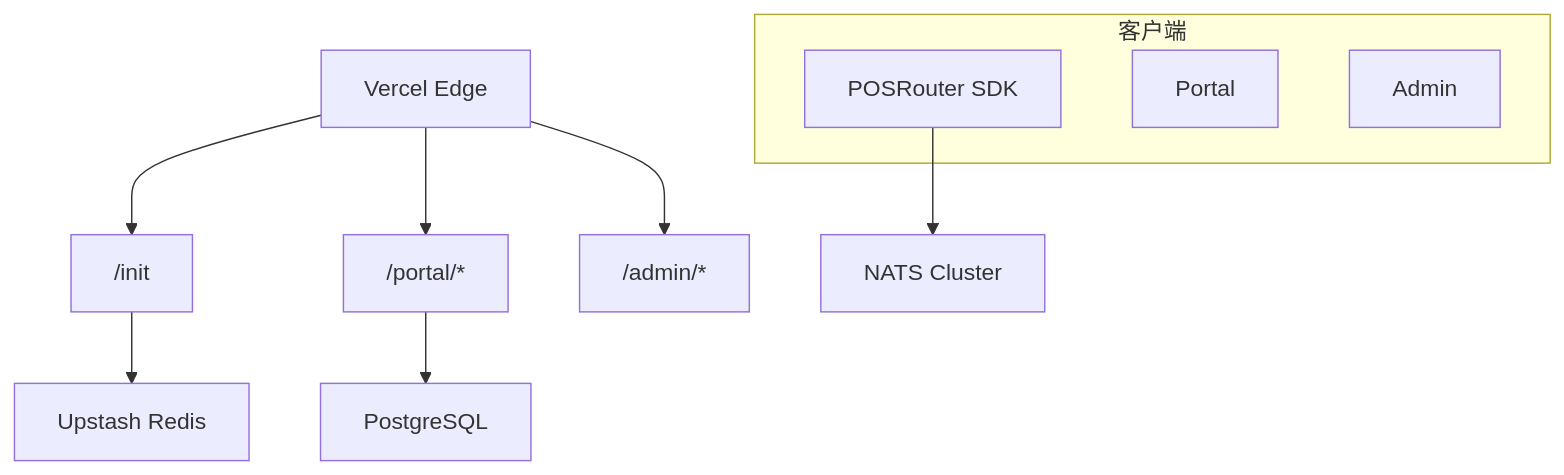
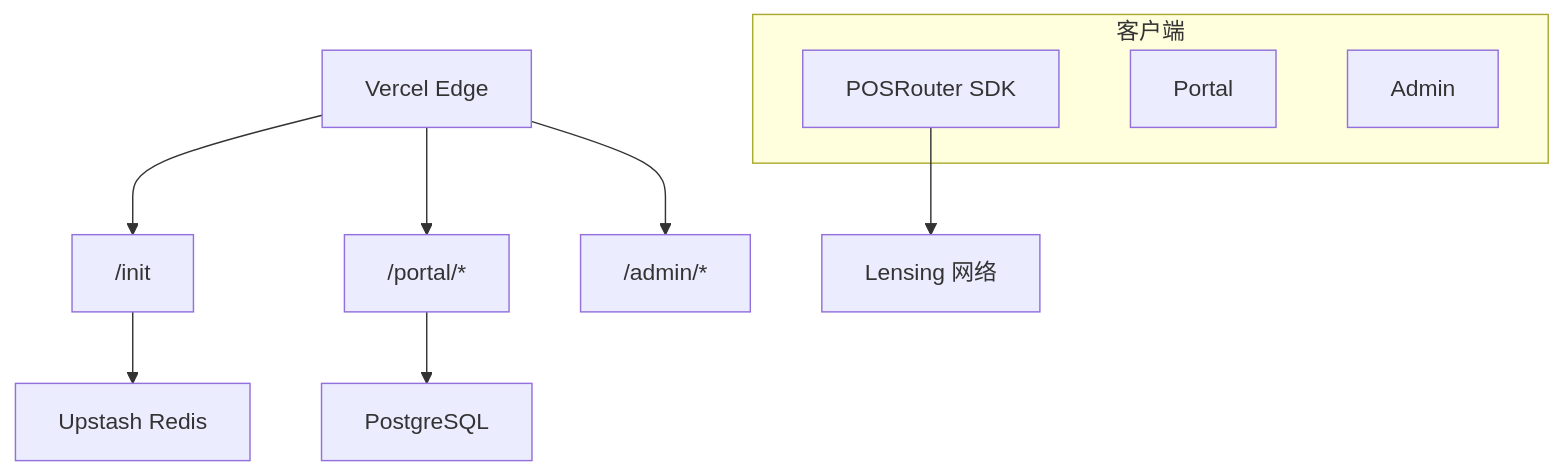
One commit to posrouter/protocol-specs changed the second of 5 diagrams in level-2-lensing_cn.md. Above: the diagram before and after it, drawn with Mermaid. The commit also changed other lines of this file and 9 other files, not shown here.

````diff
--- a/level-2-lensing_cn.md
+++ b/level-2-lensing_cn.md
@@ -192,16 +261,16 @@
 ```mermaid
 flowchart TB
     subgraph Clients ["客户端"]
         SDK["POSRouter SDK"]
         Portal["Portal"]
         Admin["Admin"]
     end
 
     CDN["Vercel Edge"] --> Init["/init"]
     CDN --> PortalAPI["/portal/*"]
     CDN --> AdminAPI["/admin/*"]
 
     Init --> Redis["Upstash Redis"]
     PortalAPI --> PG["PostgreSQL"]
-    SDK --> NATS["NATS Cluster"]
+    SDK --> Net["Lensing 网络"]
 ```
````
